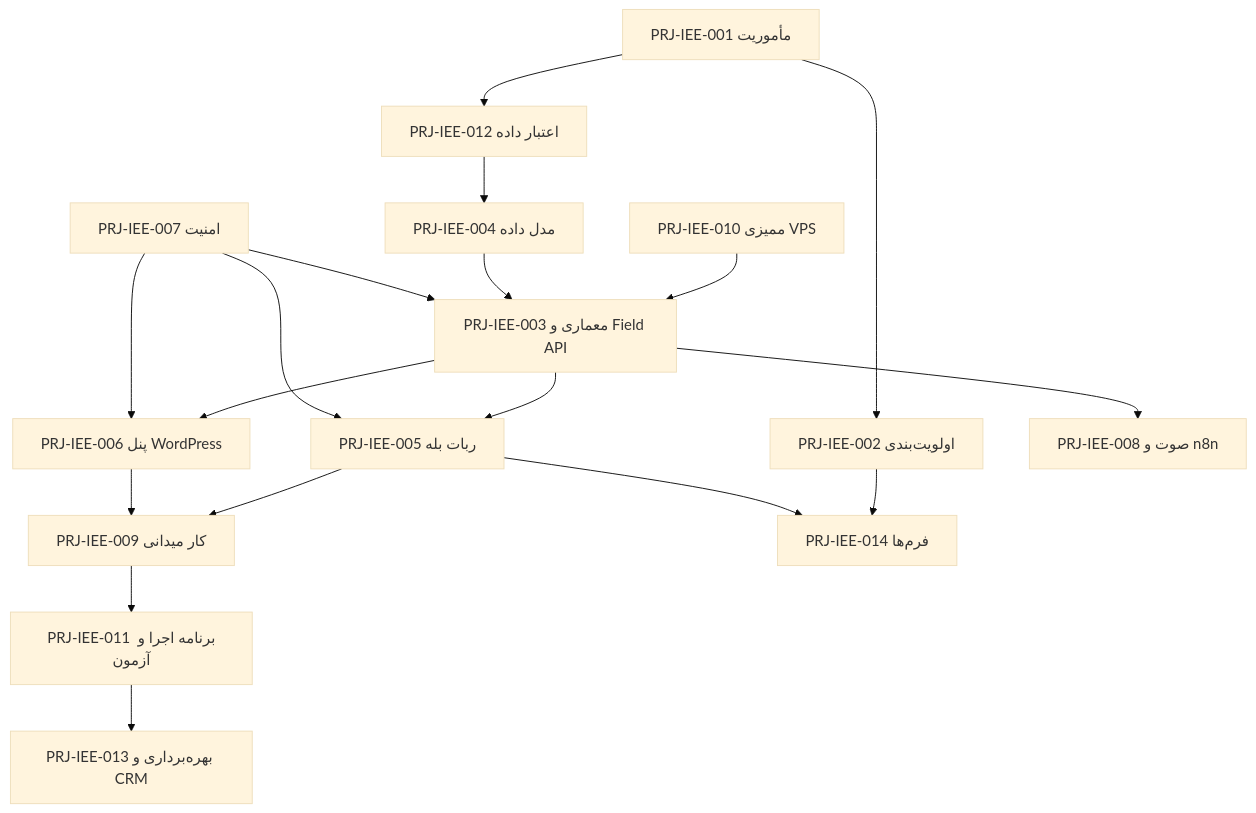
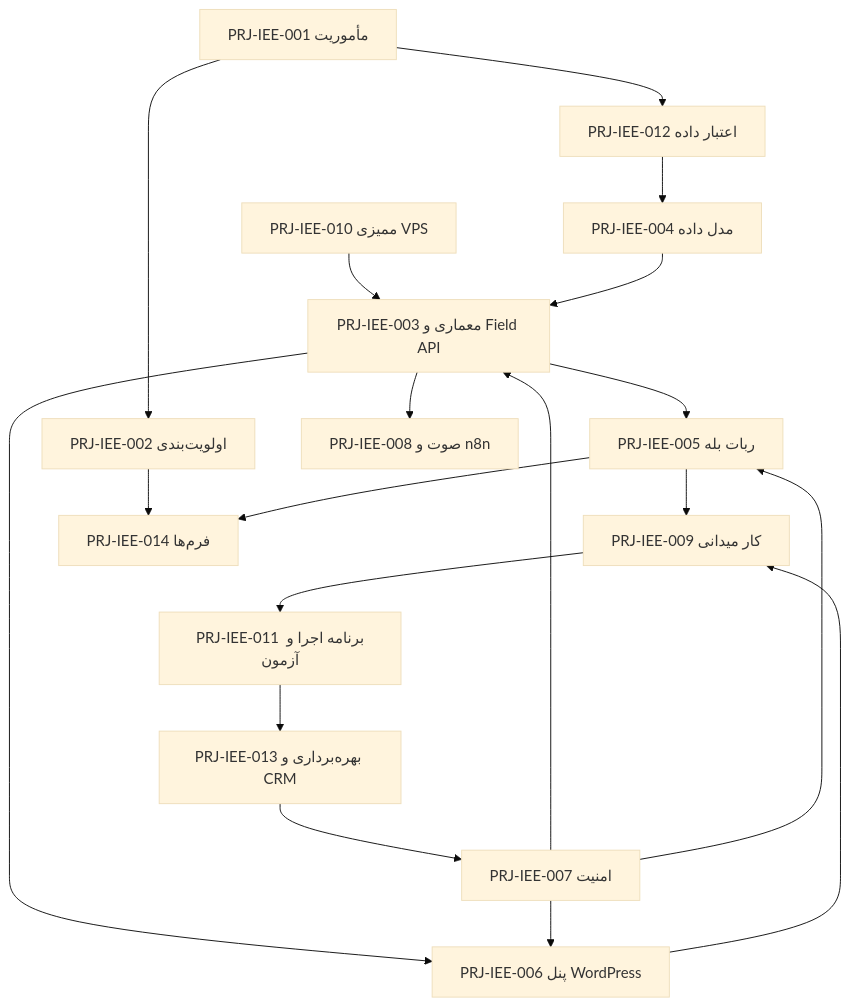
The diagram in 04_Projects/IEE_1405/PRJ-IEE-000 — نقشه پروژه و راهنمای نودها.md (feerozmandi/ZNNY-Xennic-Vault), drawn with Mermaid (base theme) before and after one commit. The commit also changed other lines of this file and 26 other files, not shown here.

````diff
--- a/04_Projects/IEE_1405/PRJ-IEE-000 — نقشه پروژه و راهنمای نودها.md
+++ b/04_Projects/IEE_1405/PRJ-IEE-000 — نقشه پروژه و راهنمای نودها.md
@@ -142,20 +143,21 @@
 ```mermaid
 graph TD
     A[PRJ-IEE-001 مأموریت] --> B[PRJ-IEE-012 اعتبار داده]
     A --> C[PRJ-IEE-002 اولویت‌بندی]
     B --> D[PRJ-IEE-004 مدل داده]
     E[PRJ-IEE-010 ممیزی VPS] --> F[PRJ-IEE-003 معماری و Field API]
     D --> F
     F --> G[PRJ-IEE-005 ربات بله]
     F --> H[PRJ-IEE-006 پنل WordPress]
     F --> I[PRJ-IEE-008 صوت و n8n]
     G --> J[PRJ-IEE-009 کار میدانی]
     H --> J
     C --> K[PRJ-IEE-014 فرم‌ها]
+    M --> N
     G --> K
     J --> L[PRJ-IEE-011 برنامه اجرا و آزمون]
     L --> M[PRJ-IEE-013 بهره‌برداری و CRM]
     N[PRJ-IEE-007 امنیت] --> F
     N --> G
     N --> H
 ```
````
